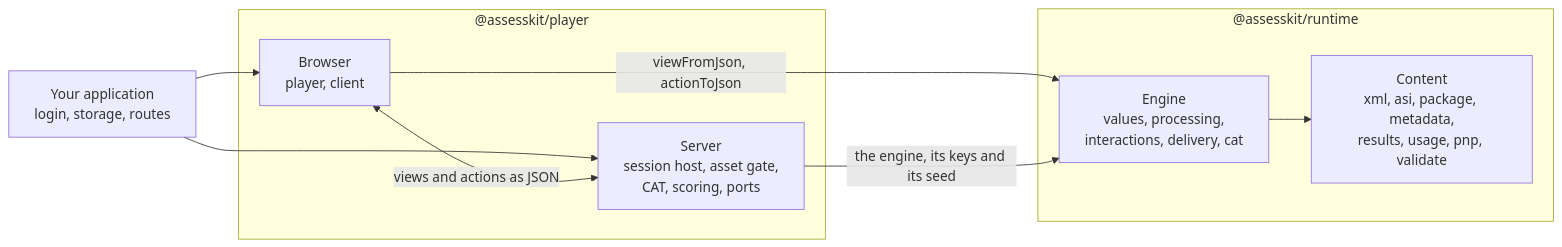
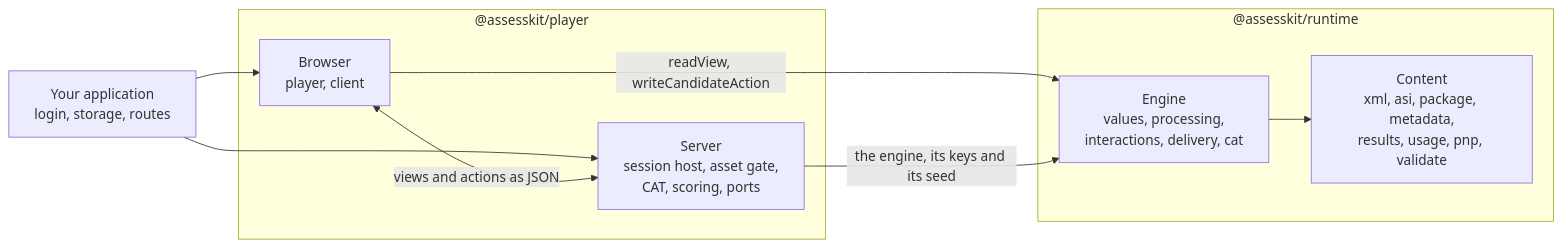
The diagram in README.md (assesskit/assesskit), drawn with Mermaid before and after one commit. The commit also changed 285 other files, not shown here.

````diff
--- a/README.md
+++ b/README.md
@@ -6,18 +6,18 @@
 ```mermaid
 flowchart LR
   host["Your application<br/>login, storage, routes"]
   subgraph player["@assesskit/player"]
     browser["Browser<br/>player, client"]
     server["Server<br/>session host, asset gate,<br/>CAT, scoring, ports"]
   end
   subgraph runtime["@assesskit/runtime"]
     content["Content<br/>xml, asi, package, metadata,<br/>results, usage, pnp, validate"]
     engine["Engine<br/>values, processing,<br/>interactions, delivery, cat"]
   end
   host --> browser
   host --> server
   browser <-->|"views and actions as JSON"| server
-  browser -->|"viewFromJson, actionToJson"| engine
+  browser -->|"readView, writeCandidateAction"| engine
   server -->|"the engine, its keys and its seed"| engine
   engine --> content
 ```
````
